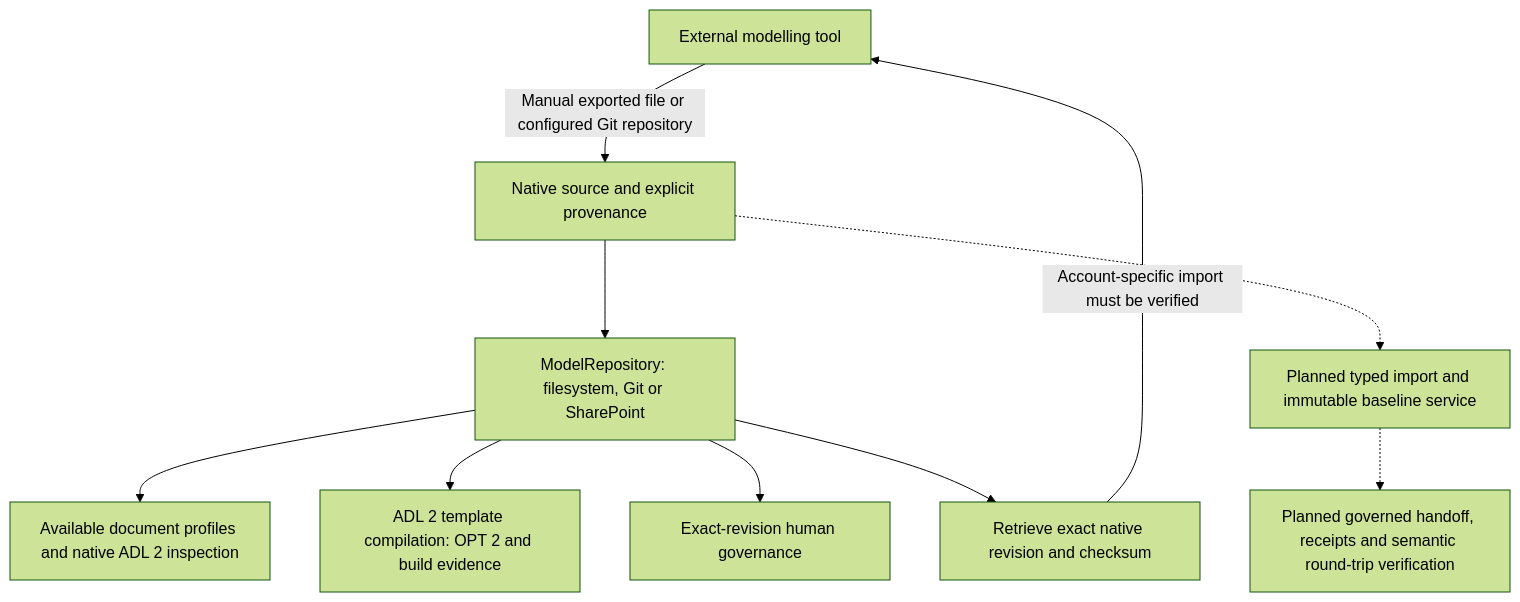
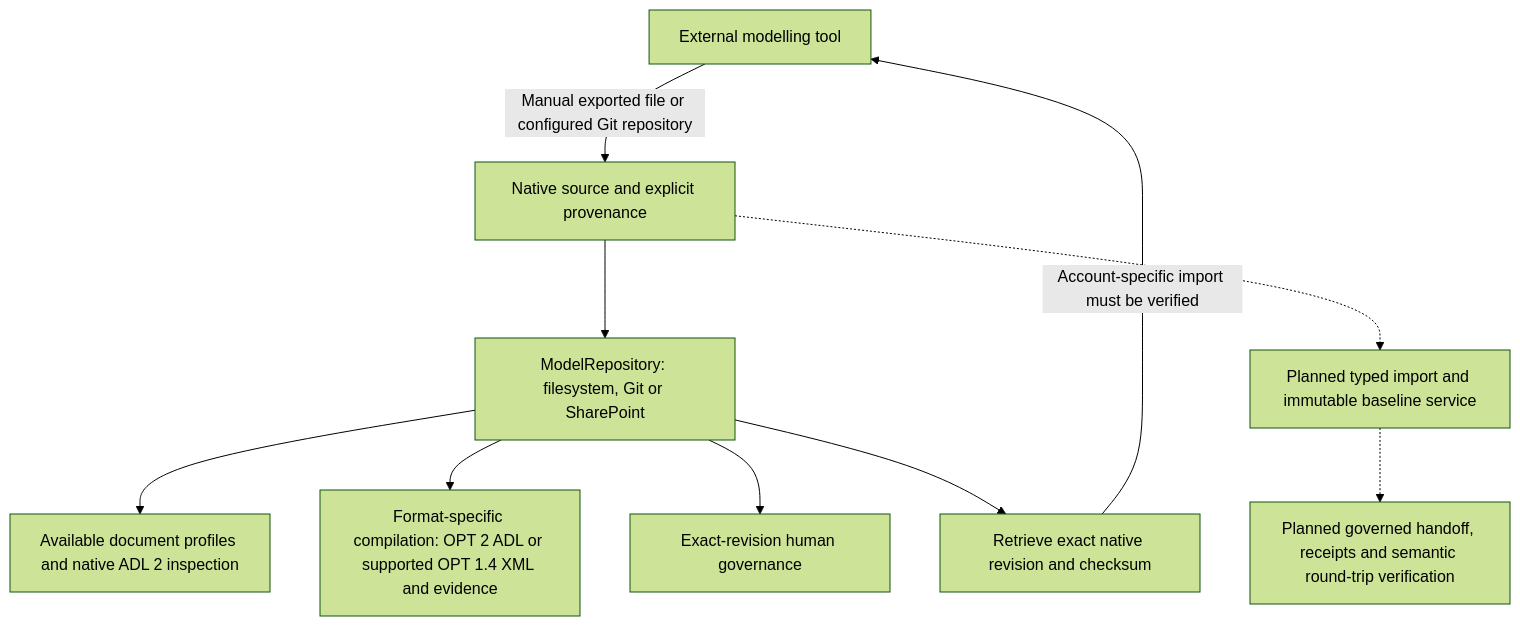
Before and after one commit to CzarMich/openehr-modelling-assistant: the diagram in docs/MODELLING_TOOL_INTEGRATION.md, drawn with Mermaid (forest theme). The commit also changed other lines of this file and 69 other files, not shown here.

````diff
--- a/docs/MODELLING_TOOL_INTEGRATION.md
+++ b/docs/MODELLING_TOOL_INTEGRATION.md
@@ -12,12 +12,12 @@
 ```mermaid
 flowchart TB
     Tool[External modelling tool] -->|Manual exported file or configured Git repository| Native[Native source and explicit provenance]
     Native --> Repo[ModelRepository: filesystem, Git or SharePoint]
     Repo --> Inspect[Available document profiles and native ADL 2 inspection]
-    Repo --> Build[ADL 2 template compilation: OPT 2 and build evidence]
+    Repo --> Build[Format-specific compilation: OPT 2 ADL or supported OPT 1.4 XML and evidence]
     Repo --> Review[Exact-revision human governance]
     Repo --> Retrieve[Retrieve exact native revision and checksum]
     Retrieve -->|Account-specific import must be verified| Tool
     Native -.-> Import[Planned typed import and immutable baseline service]
     Import -.-> Handoff[Planned governed handoff, receipts and semantic round-trip verification]
 ```
````
